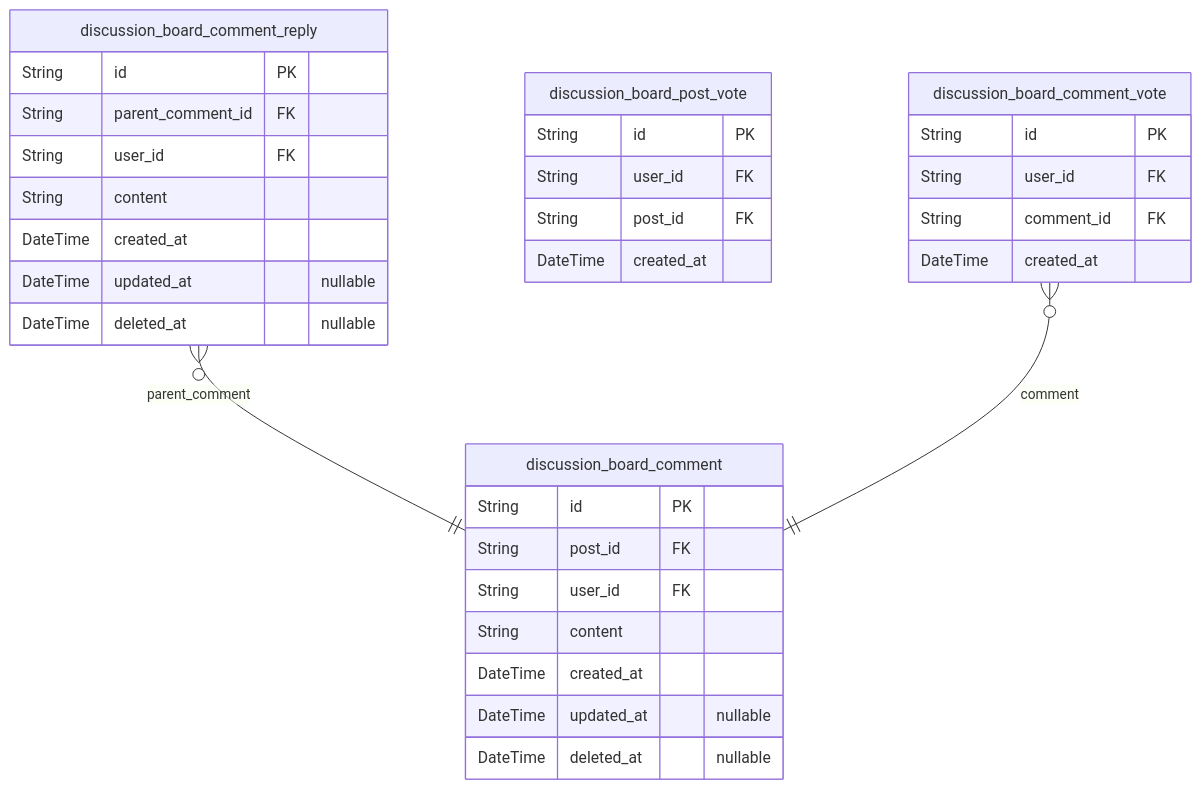
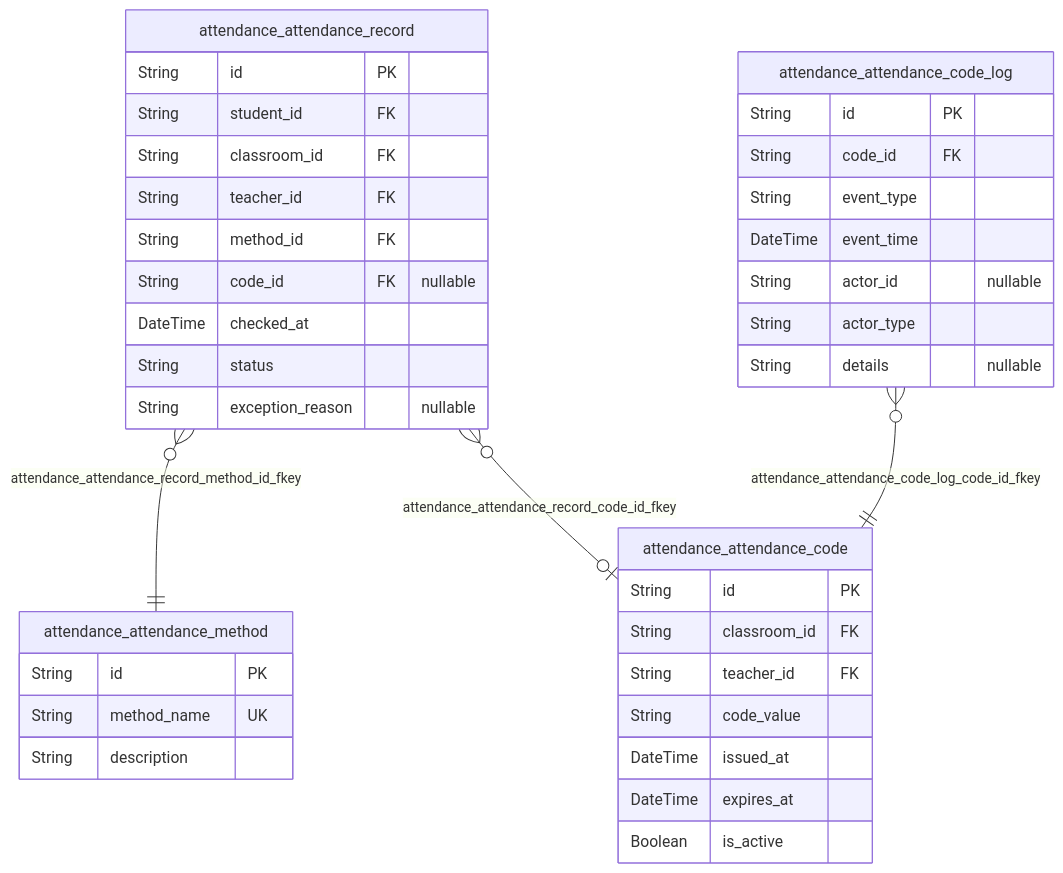
The third of 6 diagrams in docs/ERD.md (wrtnlabs/autobe-example-bbs-openai-gpt-4.1), drawn with Mermaid before and after one commit. The commit also changed other lines of this file and 577 other files, not shown here.

````diff
--- a/docs/ERD.md
+++ b/docs/ERD.md
@@ -385,35 +256,40 @@
 ```mermaid
 erDiagram
-"discussion_board_comment" {
+"attendance_attendance_record" {
   String id PK
-  String post_id FK
-  String user_id FK
-  String content
-  DateTime created_at
-  DateTime updated_at "nullable"
-  DateTime deleted_at "nullable"
+  String student_id FK
+  String classroom_id FK
+  String teacher_id FK
+  String method_id FK
+  String code_id FK "nullable"
+  DateTime checked_at
+  String status
+  String exception_reason "nullable"
 }
-"discussion_board_comment_reply" {
+"attendance_attendance_code" {
   String id PK
-  String parent_comment_id FK
-  String user_id FK
-  String content
-  DateTime created_at
-  DateTime updated_at "nullable"
-  DateTime deleted_at "nullable"
+  String classroom_id FK
+  String teacher_id FK
+  String code_value
+  DateTime issued_at
+  DateTime expires_at
+  Boolean is_active
 }
-"discussion_board_post_vote" {
+"attendance_attendance_code_log" {
   String id PK
-  String user_id FK
-  String post_id FK
-  DateTime created_at
+  String code_id FK
+  String event_type
+  DateTime event_time
+  String actor_id "nullable"
+  String actor_type
+  String details "nullable"
 }
-"discussion_board_comment_vote" {
+"attendance_attendance_method" {
   String id PK
-  String user_id FK
-  String comment_id FK
-  DateTime created_at
+  String method_name UK
+  String description
 }
-"discussion_board_comment_reply" }o--|| "discussion_board_comment" : parent_comment
-"discussion_board_comment_vote" }o--|| "discussion_board_comment" : comment
+"attendance_attendance_record" }o--|| "attendance_attendance_method" : attendance_attendance_record_method_id_fkey
+"attendance_attendance_record" }o--o| "attendance_attendance_code" : attendance_attendance_record_code_id_fkey
+"attendance_attendance_code_log" }o--|| "attendance_attendance_code" : attendance_attendance_code_log_code_id_fkey
 ```
````
